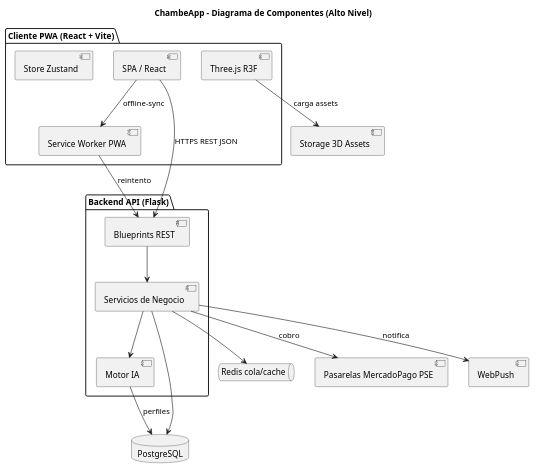
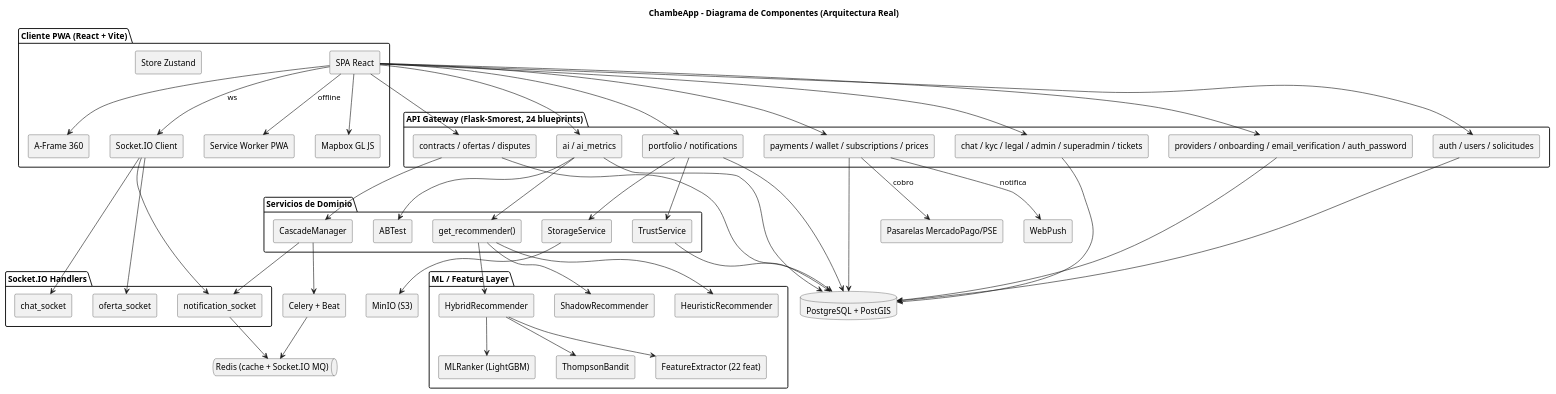
Before and after one commit to jpalacioing98/Chambeapp_Doc: the diagram in Arquitectura/diagramas/01_componentes.puml, drawn with PlantUML. The commit also changed 39 other files, not shown here.

```diff
--- a/Arquitectura/diagramas/01_componentes.puml
+++ b/Arquitectura/diagramas/01_componentes.puml
@@ -1,34 +1,94 @@
 @startuml
-title ChambeApp - Diagrama de Componentes (Alto Nivel)
+title ChambeApp - Diagrama de Componentes (Arquitectura Real)
+skinparam componentStyle rectangle
 
 package "Cliente PWA (React + Vite)" as FE {
-  [SPA / React] as SPA
+  [SPA React] as SPA
   [Service Worker PWA] as SW
-  [Three.js R3F] as TD
+  [Mapbox GL JS] as MAP
+  [A-Frame 360] as A3
   [Store Zustand] as ST
+  [Socket.IO Client] as SC
 }
 
-package "Backend API (Flask)" as BE {
-  [Blueprints REST] as API
-  [Servicios de Negocio] as SVC
-  [Motor IA] as AI
+package "API Gateway (Flask-Smorest, 24 blueprints)" as BE {
+  [auth / users / solicitudes] as B1
+  [contracts / ofertas / disputes] as B2
+  [ai / ai_metrics] as B3
+  [portfolio / notifications] as B4
+  [payments / wallet / subscriptions / prices] as B5
+  [chat / kyc / legal / admin / superadmin / tickets] as B6
+  [providers / onboarding / email_verification / auth_password] as B7
 }
 
-database "PostgreSQL" as DB
-queue "Redis cola/cache" as RD
-[Pasarelas MercadoPago PSE] as PG
+package "Servicios de Dominio" as DOM {
+  [TrustService] as TS
+  [CascadeManager] as CM
+  [StorageService] as SS
+  [ABTest] as AB
+  [get_recommender()] as GR
+}
+
+package "ML / Feature Layer" as ML {
+  [FeatureExtractor (22 feat)] as FEAT
+  [MLRanker (LightGBM)] as MR
+  [HybridRecommender] as HR
+  [ShadowRecommender] as SR
+  [HeuristicRecommender] as HER
+  [ThompsonBandit] as TB
+}
+
+package "Socket.IO Handlers" as SIO {
+  [notification_socket] as NS
+  [chat_socket] as CS
+  [oferta_socket] as OS
+}
+
+database "PostgreSQL + PostGIS" as DB
+queue "Redis (cache + Socket.IO MQ)" as RD
+[Celery + Beat] as CEL
+[MinIO (S3)] as MIN
+[Pasarelas MercadoPago/PSE] as PG
 [WebPush] as WP
-[Storage 3D Assets] as STO
 
-SPA --> SW : offline-sync
-SPA --> API : HTTPS REST JSON
-SW --> API : reintento
-TD --> STO : carga assets
-API --> SVC
-SVC --> DB
-SVC --> RD
-SVC --> AI
-SVC --> PG : cobro
-SVC --> WP : notifica
-AI --> DB : perfiles
+SPA --> SW : offline
+SPA --> MAP
+SPA --> A3
+SPA --> SC : ws
+SC --> NS
+SC --> CS
+SC --> OS
+SPA --> B1
+SPA --> B2
+SPA --> B3
+SPA --> B4
+SPA --> B5
+SPA --> B6
+SPA --> B7
+B3 --> GR
+GR --> HR
+GR --> SR
+GR --> HER
+HR --> FEAT
+HR --> MR
+HR --> TB
+B3 --> AB
+B4 --> SS
+B4 --> TS
+B2 --> CM
+CM --> CEL
+CM --> NS
+NS --> RD
+CEL --> RD
+B1 --> DB
+B2 --> DB
+B3 --> DB
+B4 --> DB
+B5 --> DB
+B6 --> DB
+B7 --> DB
+TS --> DB
+SS --> MIN
+B5 --> PG : cobro
+B5 --> WP : notifica
 @enduml
```
